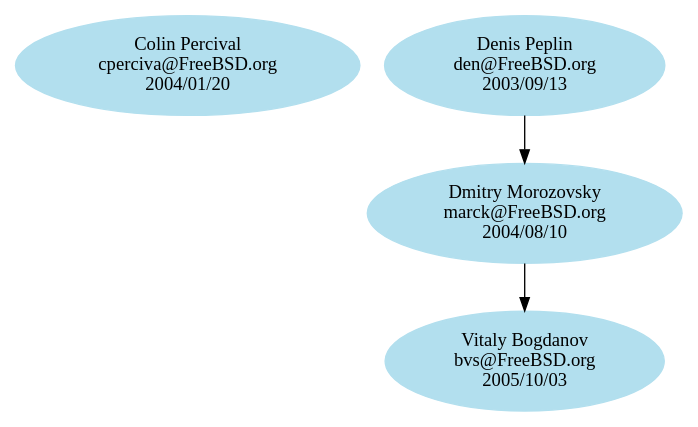
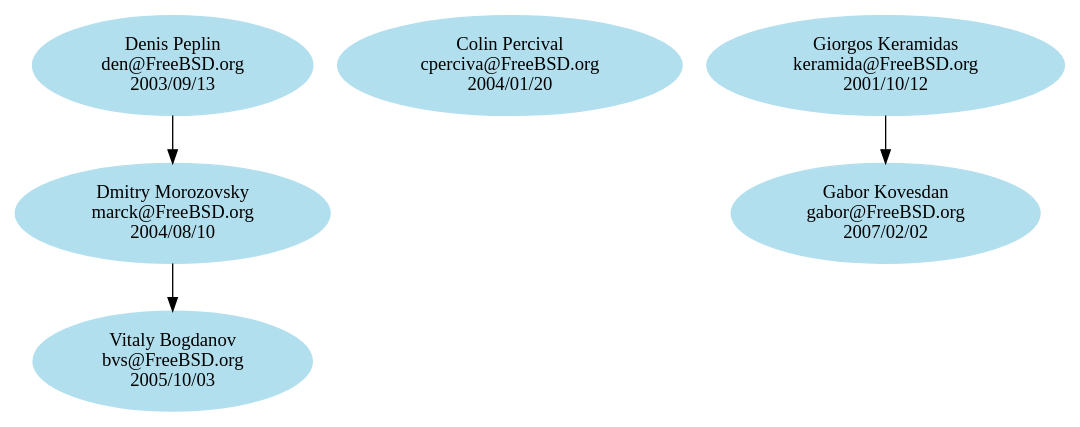
Before and after one commit to kelvinyu/unix-history-repo: the diagram in share/misc/committers-doc.dot, drawn with Graphviz.

Commit message:
- Add myself as keramida's mentee and sort
Reviewed by:	flz

```diff
--- a/share/misc/committers-doc.dot
+++ b/share/misc/committers-doc.dot
@@ -1,25 +1,28 @@
 # $FreeBSD$
 
 digraph doc {
 
 node [color=grey62, style=filled, bgcolor=black];
 
 # Alumni go here.
 
 node [color=lightblue2, style=filled, bgcolor=black];
 
 # Current doc committers go here. Try to keep things sorted.
 
+bvs [label="Vitaly Bogdanov\nbvs@FreeBSD.org\n2005/10/03"]
 cperciva [label="Colin Percival\ncperciva@FreeBSD.org\n2004/01/20"]
-
-bvs [label="Vitaly Bogdanov\nbvs@FreeBSD.org\n2005/10/03"]
 den [label="Denis Peplin\nden@FreeBSD.org\n2003/09/13"]
+gabor [label="Gabor Kovesdan\ngabor@FreeBSD.org\n2007/02/02"]
+keramida [label="Giorgos Keramidas\nkeramida@FreeBSD.org\n2001/10/12"]
 marck [label="Dmitry Morozovsky\nmarck@FreeBSD.org\n2004/08/10"]
 
 # Here are the mentor/mentee relationships.
+
+keramida -> gabor
 
 marck -> bvs
 
 den -> marck
 
 }
```
